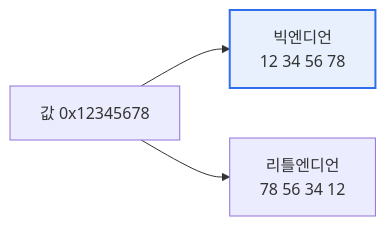
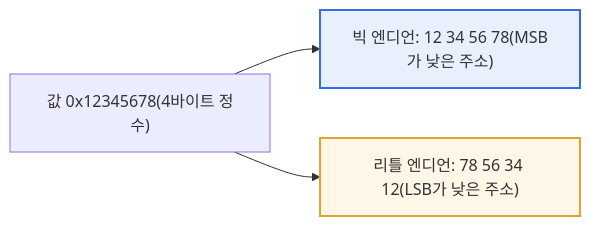
Before and after one commit to coninggu/wjdqhrhksflrltnftk: the first of 2 diagrams in content/endianness.md, drawn with Mermaid. The commit also changed other lines of this file and 3 other files, not shown here.

````diff
--- a/content/endianness.md
+++ b/content/endianness.md
@@ -20,6 +30,7 @@
 ```mermaid
 flowchart LR
-  V["값 0x12345678"] --> B["빅엔디언<br/>12 34 56 78"]
-  V --> L["리틀엔디언<br/>78 56 34 12"]
+  V["값 0x12345678(4바이트 정수)"] --> B["빅 엔디언: 12 34 56 78(MSB가 낮은 주소)"]
+  V --> L["리틀 엔디언: 78 56 34 12(LSB가 낮은 주소)"]
   style B fill:#e8f0fe,stroke:#2f6fed,stroke-width:2px
+  style L fill:#fef7e8,stroke:#e0a42f,stroke-width:2px
 ```
````
